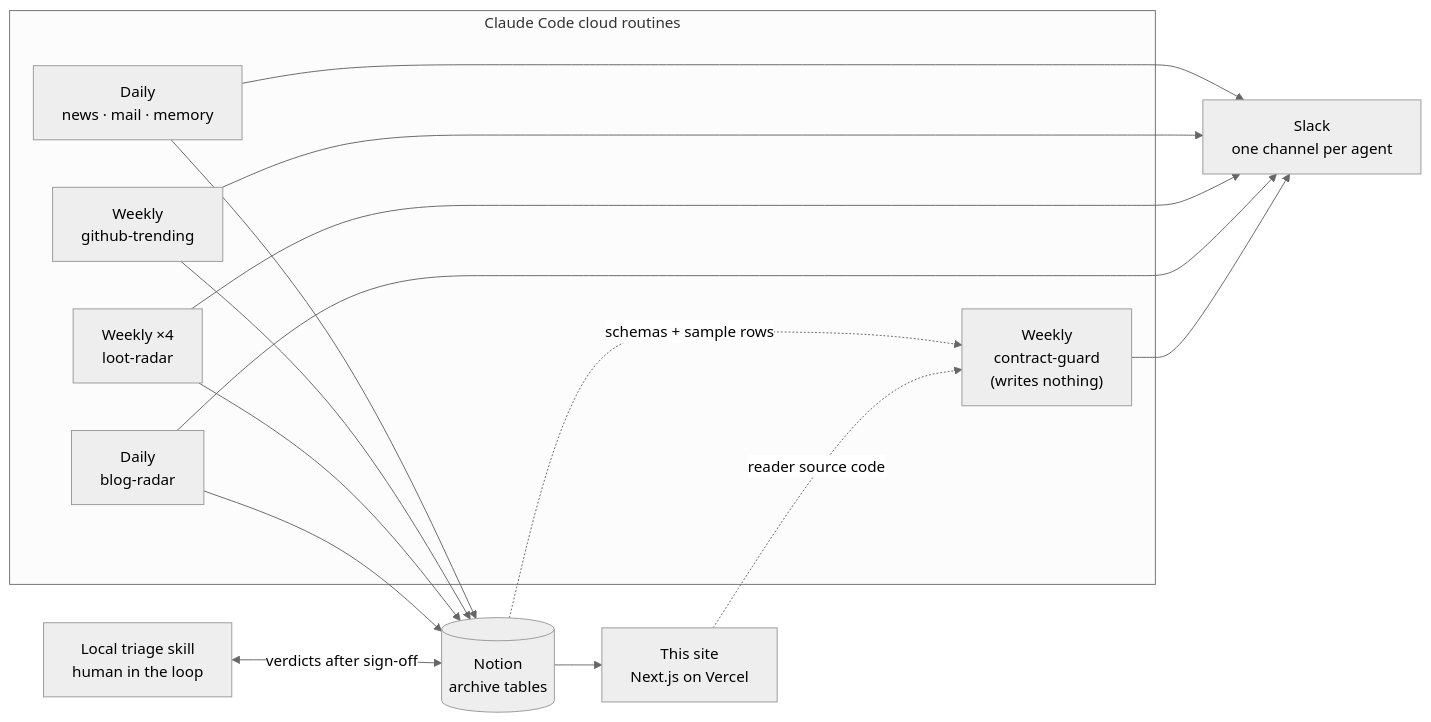
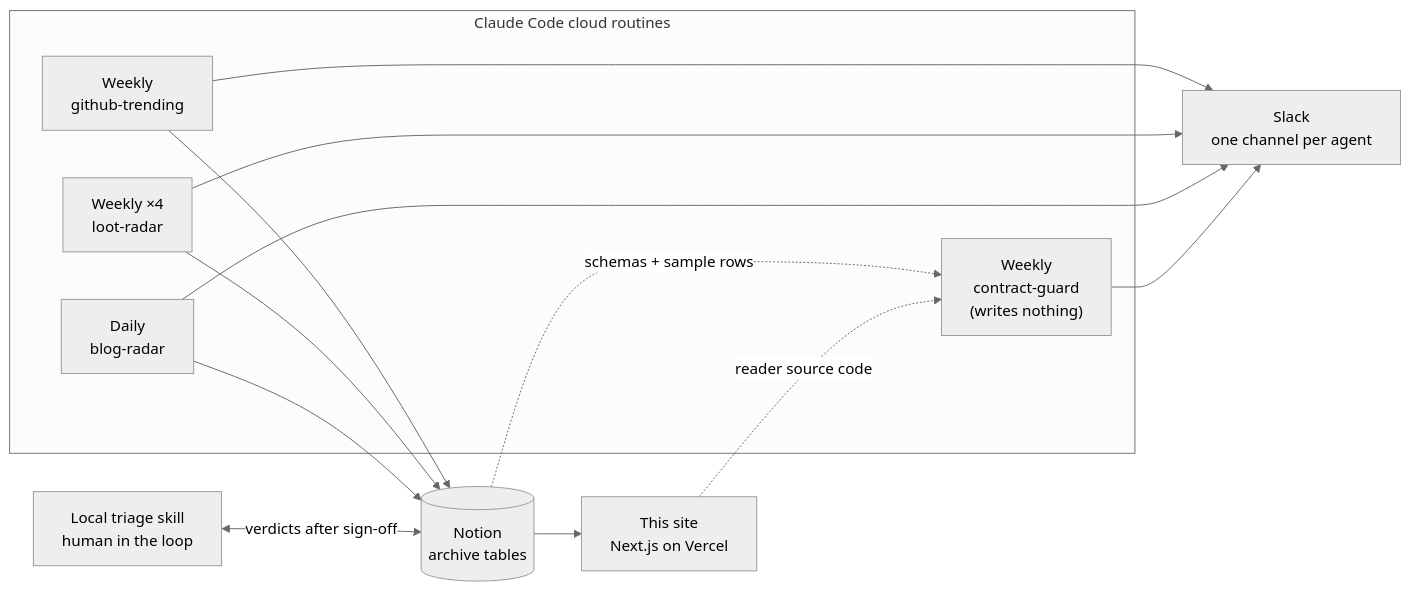
The diagram in docs/case-study.md (zexion7873/github-radar-ui), drawn with Mermaid (neutral theme) before and after one commit. The commit also changed other lines of this file, not shown here.

````diff
--- a/docs/case-study.md
+++ b/docs/case-study.md
@@ -24,28 +24,25 @@
 ```mermaid
 flowchart LR
     subgraph Cloud["Claude Code cloud routines"]
-        Daily["Daily<br/>news · mail · memory"]
         Trending["Weekly<br/>github-trending"]
         Loot["Weekly ×4<br/>loot-radar"]
         Blog["Daily<br/>blog-radar"]
         Guard["Weekly<br/>contract-guard<br/>(writes nothing)"]
     end
     Notion[("Notion<br/>archive tables")]
     Slack["Slack<br/>one channel per agent"]
     Site["This site<br/>Next.js on Vercel"]
     Triage["Local triage skill<br/>human in the loop"]
 
-    Daily --> Slack
-    Daily --> Notion
     Trending --> Slack
     Trending --> Notion
     Loot --> Slack
     Loot --> Notion
     Blog --> Slack
     Blog --> Notion
     Notion --> Site
     Notion -.->|"schemas + sample rows"| Guard
     Site -.->|"reader source code"| Guard
     Guard --> Slack
     Triage <-->|"verdicts after sign-off"| Notion
 ```
````
